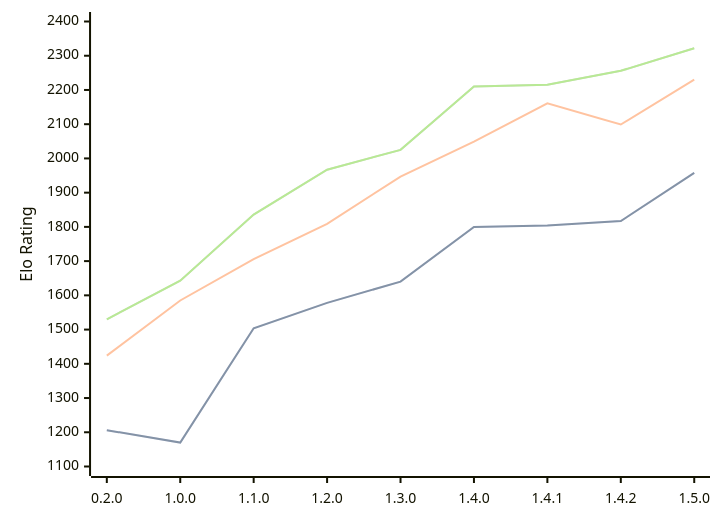
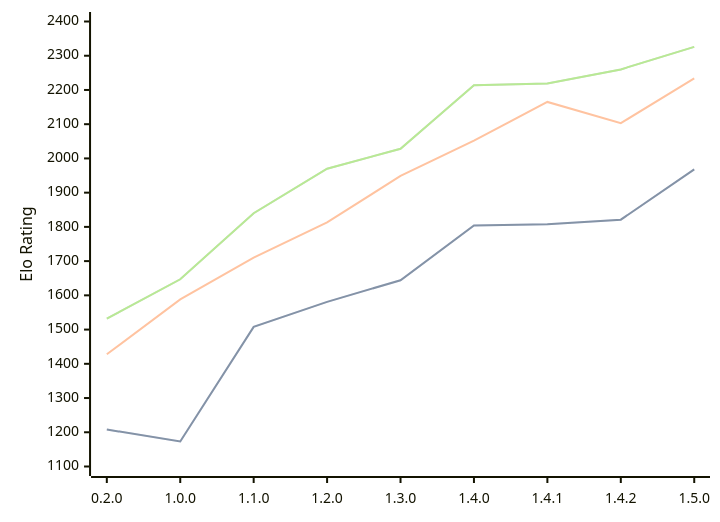
One commit to computer-chess-index/cci changed the diagram in engines/Zeppelin.md. Above: the diagram before and after it, drawn with Mermaid. The commit also changed other lines of this file, not shown here.

Commit message:
Update CCI Ratings (ELO VLTC) - 2026-05-02

````diff
--- a/engines/Zeppelin.md
+++ b/engines/Zeppelin.md
@@ -41,11 +41,11 @@
 ```mermaid
 %%{init: {"theme":"base","themeVariables":{"seriesColors:['#a3a3a3','#222221','#faa371']}}}%%
 xychart-beta
   x-axis ["0.2.0", "1.0.0", "1.1.0", "1.2.0", "1.3.0", "1.4.0", "1.4.1", "1.4.2", "1.5.0"]
   y-axis "Elo Rating" 1100 --> 2400
-  line "STC (8.0+0.08s)" [1206, 1170, 1504, 1578, 1640, 1800, 1804, 1817, 1958]
-  line "STC (8.0+0.08s)" [1206, 1170, 1504, 1578, 1640, 1800, 1804, 1817, 1958]
-  line "LTC (60.0+0.60s)" [1424, 1585, 1706, 1809, 1947, 2049, 2161, 2099, 2230]
-  line "VLTC (2m24s+1.12s)" [1530, 1643, 1836, 1967, 2025, 2210, 2215, 2256, 2322]
-  line "VLTC (2m24s+1.12s)" [1530, 1643, 1836, 1967, 2025, 2210, 2215, 2256, 2322]
+  line "STC (8.0+0.08s)" [1208, 1173, 1508, 1581, 1644, 1804, 1808, 1821, 1968]
+  line "STC (8.0+0.08s)" [1208, 1173, 1508, 1581, 1644, 1804, 1808, 1821, 1968]
+  line "LTC (60.0+0.60s)" [1428, 1588, 1710, 1813, 1949, 2052, 2165, 2103, 2234]
+  line "VLTC (2m24s+1.12s)" [1532, 1647, 1840, 1970, 2028, 2214, 2219, 2260, 2326]
+  line "VLTC (2m24s+1.12s)" [1532, 1647, 1840, 1970, 2028, 2214, 2219, 2260, 2326]
 ```
````
